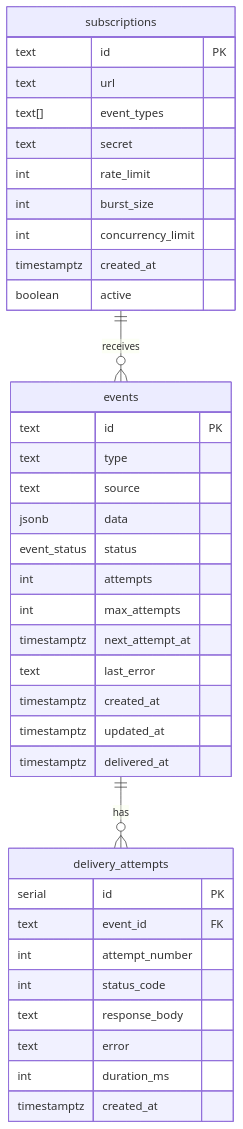
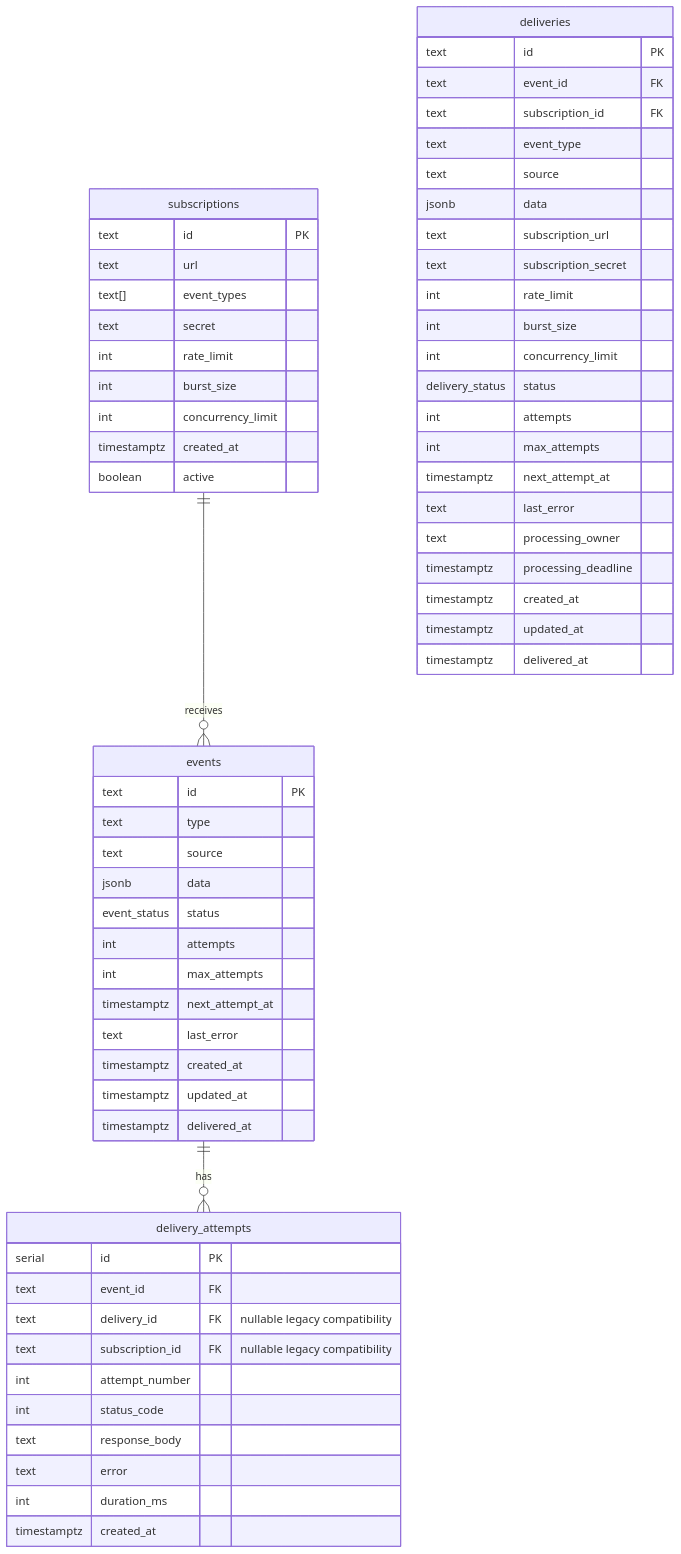
One commit to felipepmaragno/webhook-service changed the third of 13 diagrams in docs/architecture.md. Above: the diagram before and after it, drawn with Mermaid. The commit also changed other lines of this file and 15 other files, not shown here.

````diff
--- a/docs/architecture.md
+++ b/docs/architecture.md
@@ -110,43 +110,69 @@
 ```mermaid
 erDiagram
     events ||--o{ delivery_attempts : has
     subscriptions ||--o{ events : receives
 
     events {
         text id PK
         text type
         text source
         jsonb data
         event_status status
         int attempts
         int max_attempts
         timestamptz next_attempt_at
         text last_error
         timestamptz created_at
         timestamptz updated_at
         timestamptz delivered_at
     }
 
     delivery_attempts {
         serial id PK
         text event_id FK
+        text delivery_id FK "nullable legacy compatibility"
+        text subscription_id FK "nullable legacy compatibility"
         int attempt_number
         int status_code
         text response_body
         text error
         int duration_ms
         timestamptz created_at
     }
 
     subscriptions {
         text id PK
         text url
         text[] event_types
         text secret
         int rate_limit
         int burst_size
         int concurrency_limit
         timestamptz created_at
         boolean active
     }
+
+    deliveries {
+        text id PK
+        text event_id FK
+        text subscription_id FK
+        text event_type
+        text source
+        jsonb data
+        text subscription_url
+        text subscription_secret
+        int rate_limit
+        int burst_size
+        int concurrency_limit
+        delivery_status status
+        int attempts
+        int max_attempts
+        timestamptz next_attempt_at
+        text last_error
+        text processing_owner
+        timestamptz processing_deadline
+        timestamptz created_at
+        timestamptz updated_at
+        timestamptz delivered_at
+    }
 ```
````
